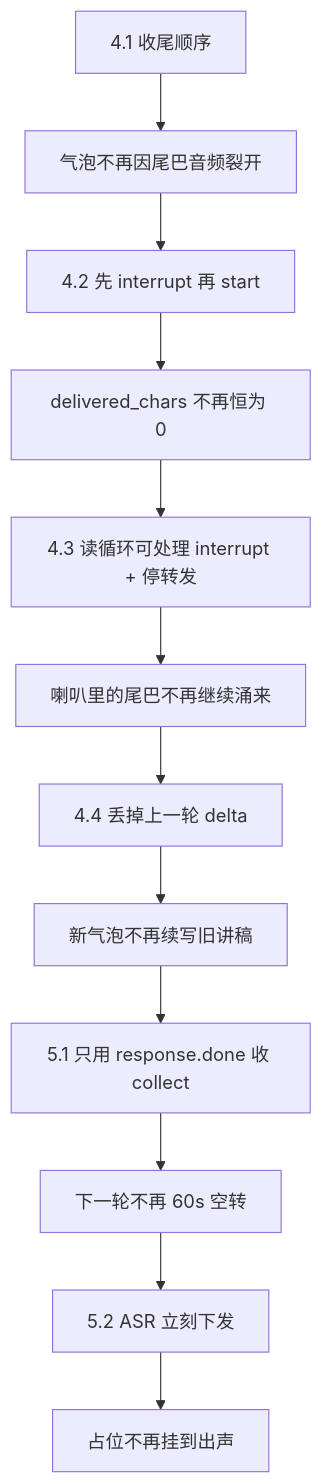
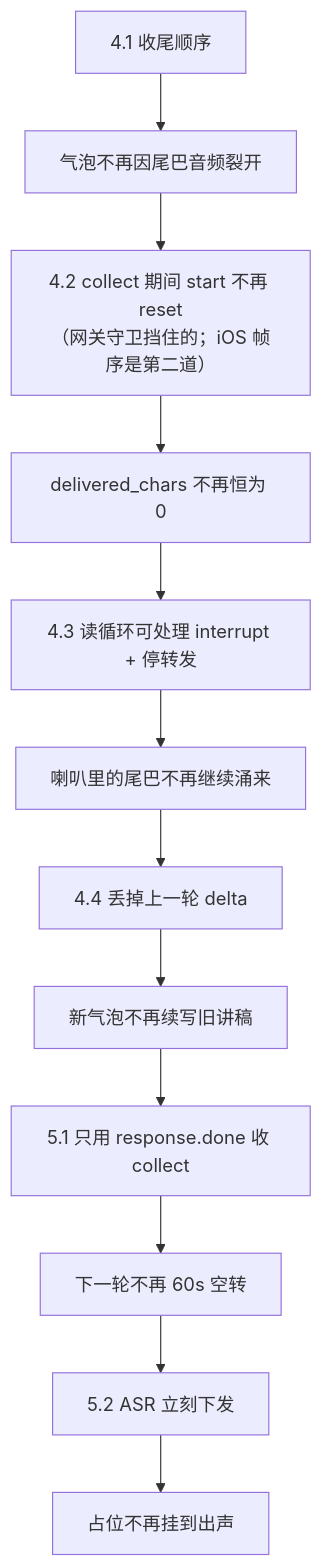
One commit to FluentWork/fluentwork-meta changed the second of 2 diagrams in docs/30_技术方案/95_WSS系列_14_长TTS打断_如何定位与如何修.md. Above: the diagram before and after it, drawn with Mermaid. The commit also changed other lines of this file and 18 other files, not shown here.

````diff
--- a/docs/30_技术方案/95_WSS系列_14_长TTS打断_如何定位与如何修.md
+++ b/docs/30_技术方案/95_WSS系列_14_长TTS打断_如何定位与如何修.md
@@ -201,14 +214,14 @@
 ```mermaid
 flowchart TB
     A["4.1 收尾顺序"] --> B["气泡不再因尾巴音频裂开"]
-    B --> C["4.2 先 interrupt 再 start"]
+    B --> C["4.2 collect 期间 start 不再 reset<br/>（网关守卫挡住的；iOS 帧序是第二道）"]
     C --> D["delivered_chars 不再恒为 0"]
     D --> E["4.3 读循环可处理 interrupt + 停转发"]
     E --> F["喇叭里的尾巴不再继续涌来"]
     F --> G["4.4 丢掉上一轮 delta"]
     G --> H["新气泡不再续写旧讲稿"]
     H --> I["5.1 只用 response.done 收 collect"]
     I --> J["下一轮不再 60s 空转"]
     J --> K["5.2 ASR 立刻下发"]
     K --> L["占位不再挂到出声"]
 ```
````
